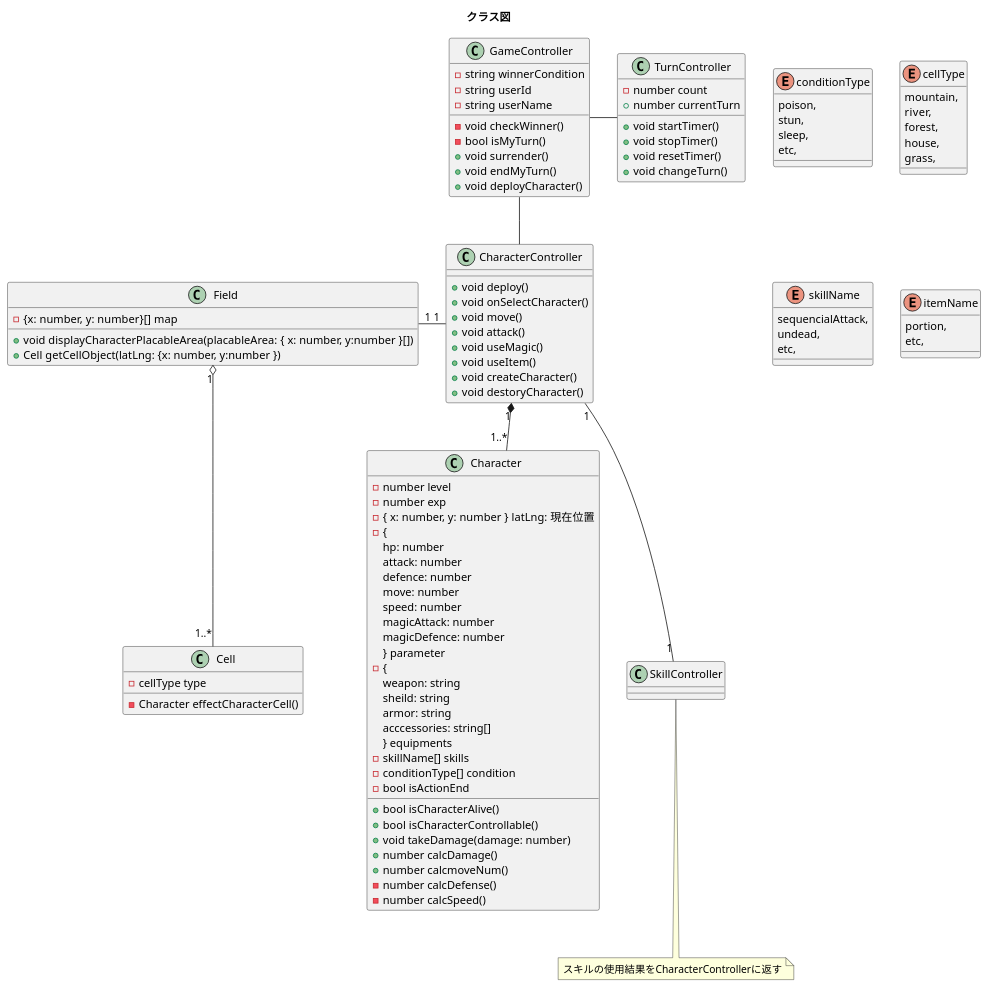
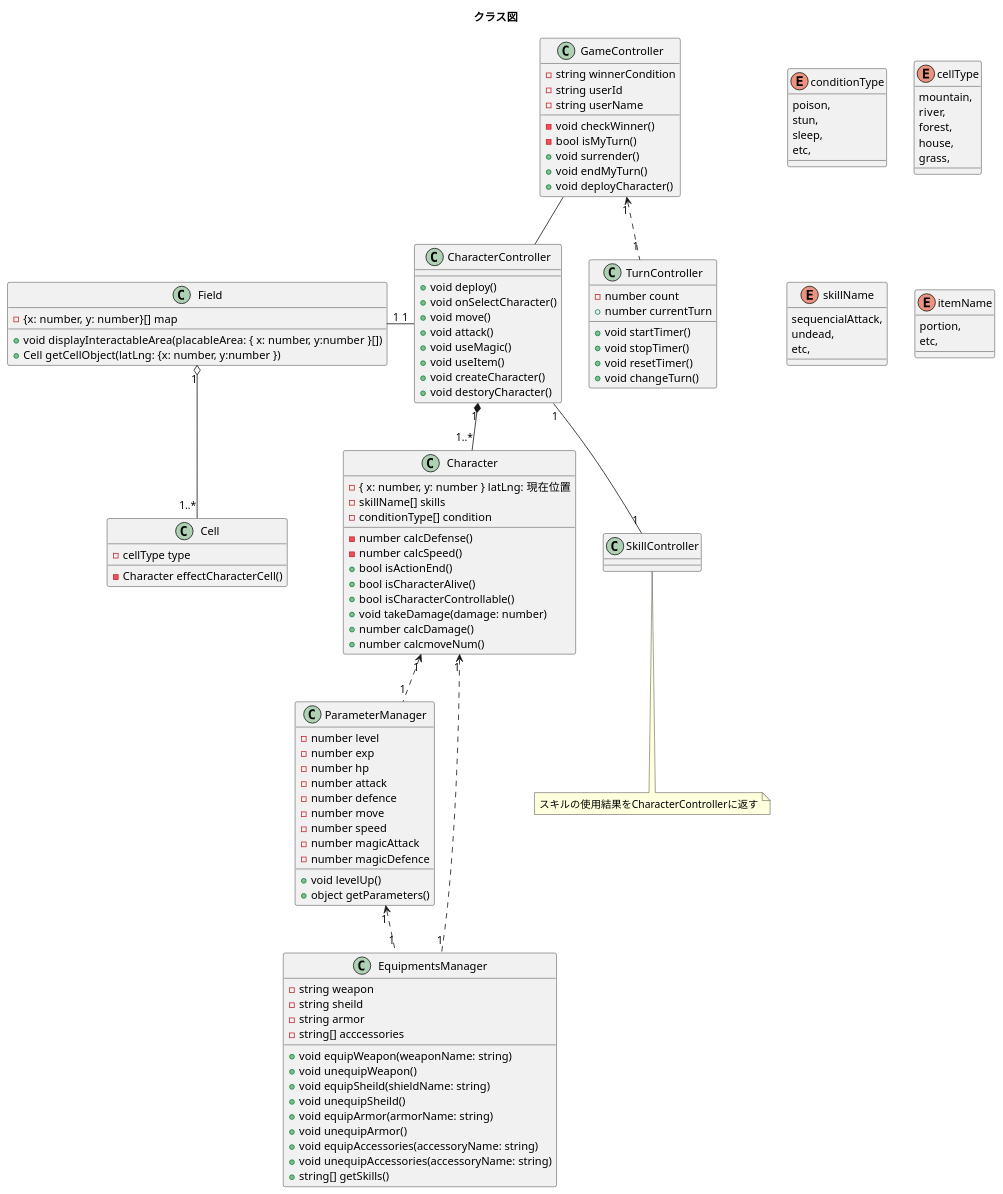
The diagram in assets/classUML.pu (koheiobe/spa-simulation-game), drawn with PlantUML before and after one commit.

Commit message:
クラス図を修正

```diff
--- a/assets/classUML.pu
+++ b/assets/classUML.pu
@@ -1,124 +1,145 @@
 @startuml
 title クラス図
 
 class GameController {
     - string winnerCondition
     - string userId
     - string userName
     - void checkWinner()
     - bool isMyTurn()
     + void surrender()
     + void endMyTurn()
     + void deployCharacter()
 }
 
 class TurnController {
     - number count
     + number currentTurn
     + void startTimer()
     + void stopTimer()
     + void resetTimer()
     + void changeTurn()
 }
 
 class CharacterController {
     + void deploy()
     + void onSelectCharacter()
     + void move()
     + void attack()
     + void useMagic()
     + void useItem()
     + void createCharacter()
     + void destoryCharacter()
 }
 
 class Field {
     - {x: number, y: number}[] map
-    + void displayCharacterPlacableArea(placableArea: { x: number, y:number }[])
+    + void displayInteractableArea(placableArea: { x: number, y:number }[])
     + Cell getCellObject(latLng: {x: number, y:number })
 }
 
 class Cell {
     - cellType type
     - Character effectCharacterCell()
 }
 
 class Character {
-    - number level
-    - number exp
     - { x: number, y: number } latLng: 現在位置
-    - { 
-        hp: number
-        attack: number
-        defence: number
-        move: number
-        speed: number
-        magicAttack: number
-        magicDefence: number
-    } parameter
-    - { 
-        weapon: string
-        sheild: string
-        armor: string
-        acccessories: string[]
-    } equipments
     - skillName[] skills
     - conditionType[] condition
-    - bool isActionEnd
 
+    - number calcDefense()
+    - number calcSpeed()
+    + bool isActionEnd()
     + bool isCharacterAlive()
     + bool isCharacterControllable()
     + void takeDamage(damage: number)
     + number calcDamage()
     + number calcmoveNum()
-    - number calcDefense()
-    - number calcSpeed()
+}
+
+class ParameterManager {
+    - number level
+    - number exp
+    - number hp
+    - number attack
+    - number defence
+    - number move
+    - number speed
+    - number magicAttack
+    - number magicDefence
+
+    + void levelUp()
+    + object getParameters()
+}
+
+class EquipmentsManager {
+    - string weapon
+    - string sheild
+    - string armor
+    - string[] acccessories
+
+    + void equipWeapon(weaponName: string)
+    + void unequipWeapon()
+    + void equipSheild(shieldName: string)
+    + void unequipSheild()
+    + void equipArmor(armorName: string)
+    + void unequipArmor()
+    + void equipAccessories(accessoryName: string)
+    + void unequipAccessories(accessoryName: string)
+    + string[] getSkills()
 }
 
 class SkillController {
     
 }
 
 enum conditionType {
     poison,
     stun,
     sleep,
     etc,
 }
 
 enum cellType {
     mountain,
     river,
     forest,
     house,
     grass,
 }
 
 enum skillName {
     sequencialAttack,
     undead,
     etc,
 }
 
 enum itemName {
     portion,
     etc,
 }
 
 note bottom of SkillController : スキルの使用結果をCharacterControllerに返す
 
-GameController - TurnController
+GameController "1" <.. "1" TurnController
 
 GameController -- CharacterController
 
 CharacterController "1" *-- "1..*" Character
 
 CharacterController "1" -- "1" SkillController
 
 CharacterController "1" -le- "1" Field
 
+Character "1" <.. "1" ParameterManager
+
+Character "1" <.. "1" EquipmentsManager
+
+ParameterManager "1" <.. "1" EquipmentsManager
+
 Field "1" o-- "1..*" Cell
 
 
 
 @enduml
```
